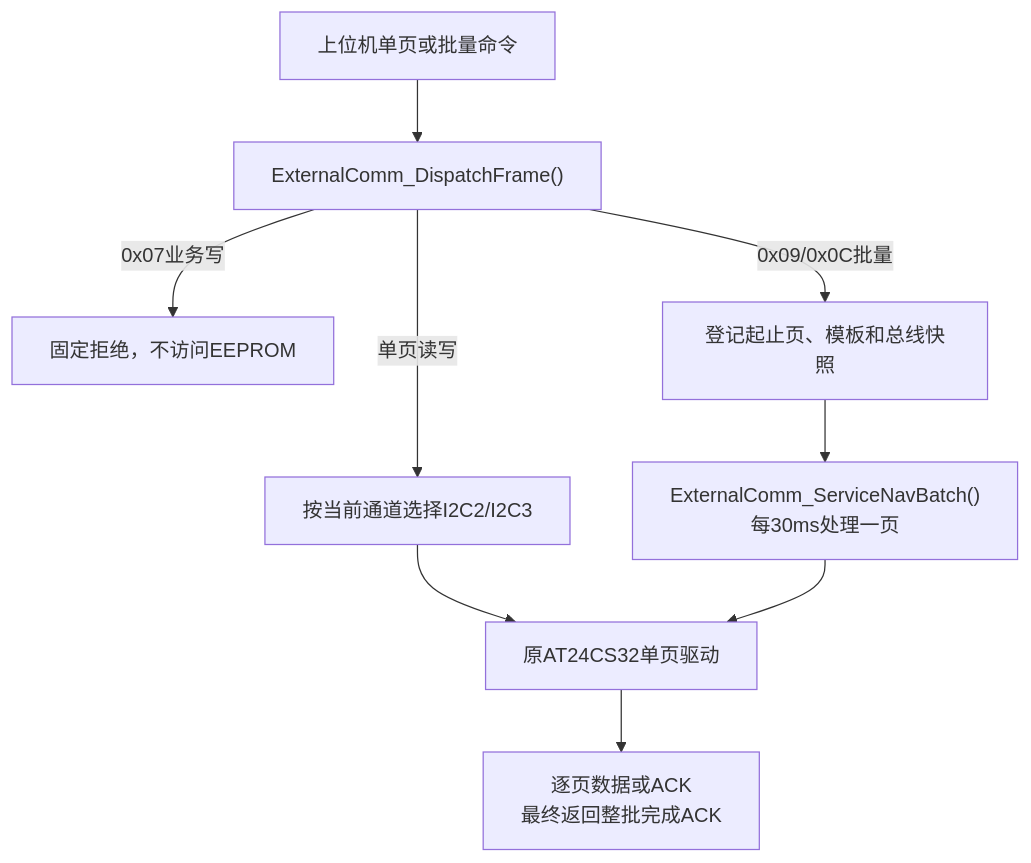
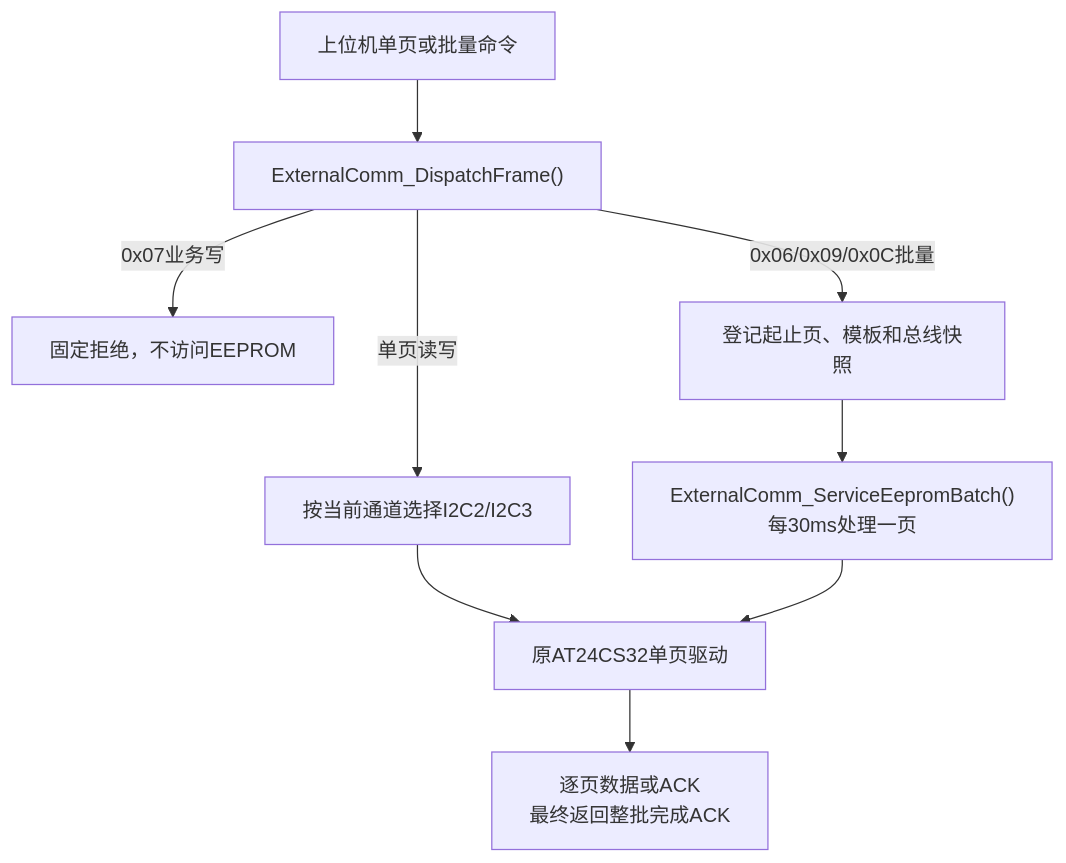
Before and after one commit to HW9711/EH-main: the seventh of 14 diagrams in docs/软件说明手册.md, drawn with Mermaid. The commit also changed other lines of this file and 1 other file, not shown here.

````diff
--- a/docs/软件说明手册.md
+++ b/docs/软件说明手册.md
@@ -1067,11 +1073,11 @@
 ```mermaid
 flowchart TD
     H["上位机单页或批量命令"] --> P["ExternalComm_DispatchFrame()"]
     P -->|0x07业务写| X["固定拒绝，不访问EEPROM"]
     P -->|单页读写| C["按当前通道选择I2C2/I2C3"]
-    P -->|0x09/0x0C批量| B["登记起止页、模板和总线快照"]
-    B --> T["ExternalComm_ServiceNavBatch()\n每30ms处理一页"]
+    P -->|0x06/0x09/0x0C批量| B["登记起止页、模板和总线快照"]
+    B --> T["ExternalComm_ServiceEepromBatch()\n每30ms处理一页"]
     C --> R["原AT24CS32单页驱动"]
     T --> R
     R --> S["逐页数据或ACK\n最终返回整批完成ACK"]
 ```
````
